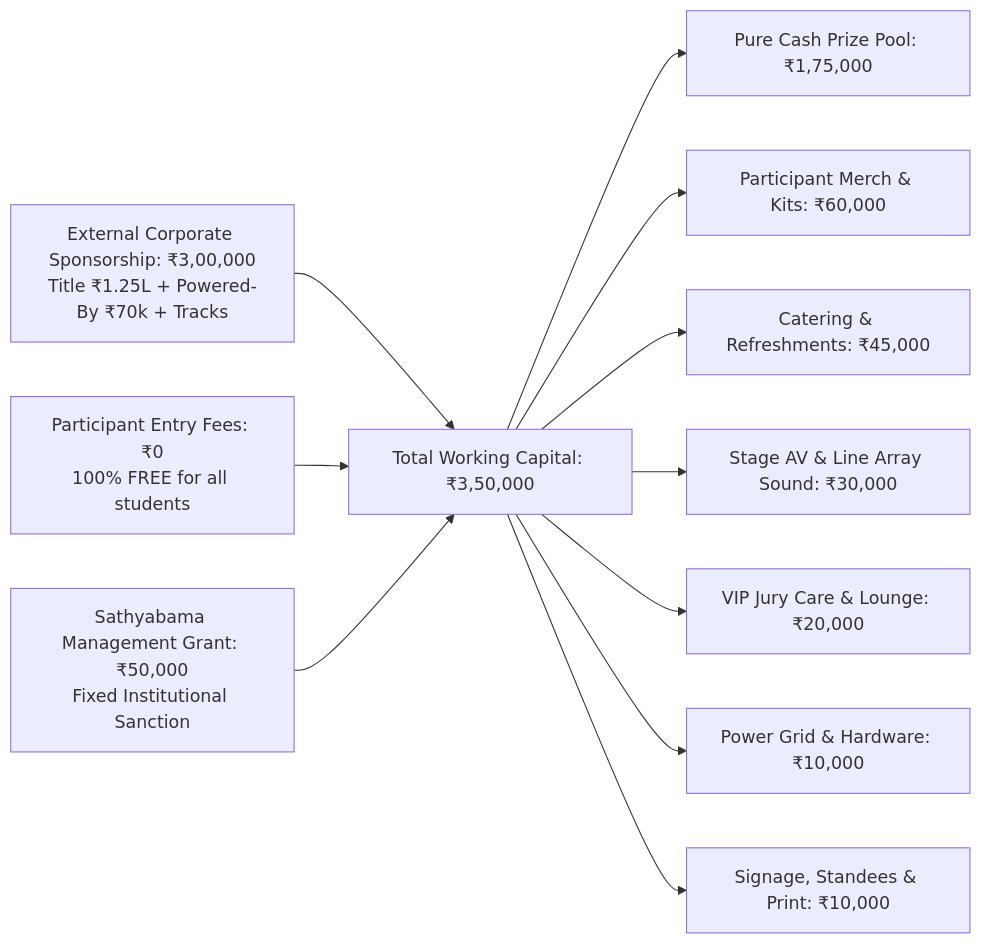
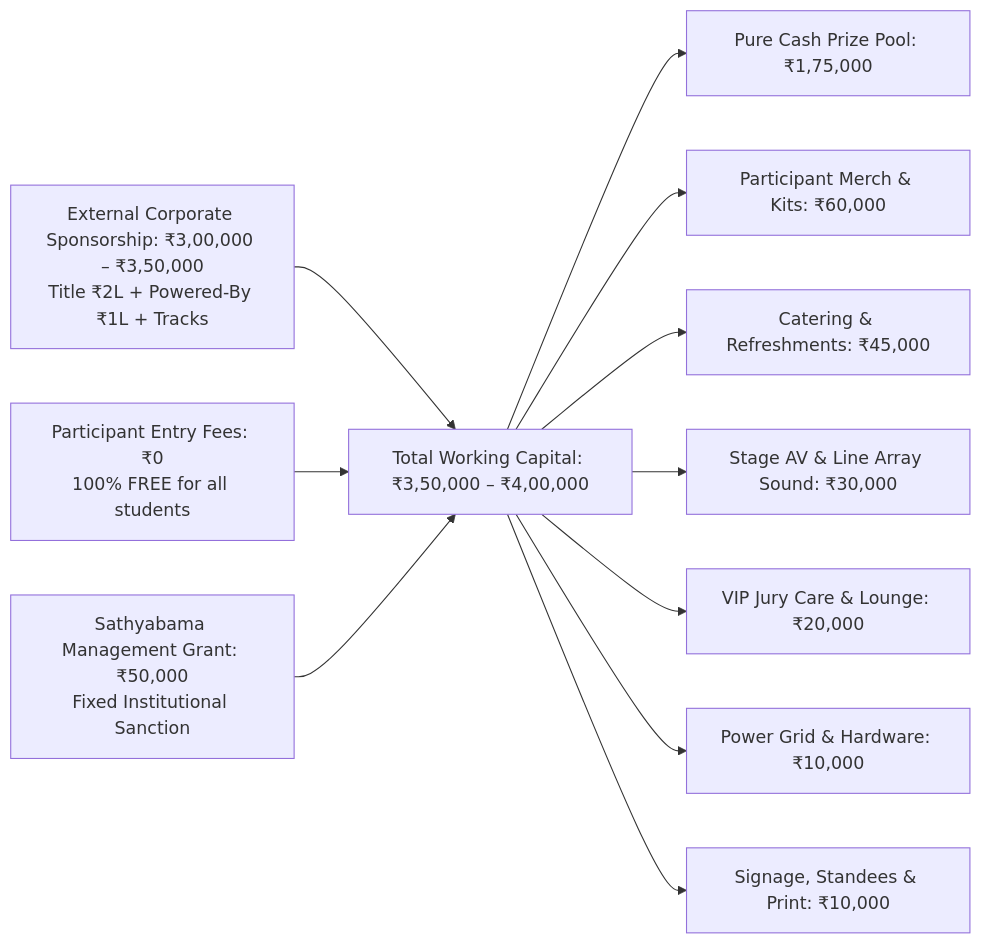
The diagram in docs/03_budget_and_financial_tracker.md (MasterZ1311/Kairos), drawn with Mermaid before and after one commit. The commit also changed other lines of this file and 67 other files, not shown here.

````diff
--- a/docs/03_budget_and_financial_tracker.md
+++ b/docs/03_budget_and_financial_tracker.md
@@ -17,14 +17,14 @@
 ```mermaid
 graph LR
-    S1[External Corporate Sponsorship: ₹3,00,000<br/>Title ₹1.25L + Powered-By ₹70k + Tracks] --> INFLOW[Total Working Capital: ₹3,50,000]
+    S1[External Corporate Sponsorship: ₹3,00,000 – ₹3,50,000<br/>Title ₹2L + Powered-By ₹1L + Tracks] --> INFLOW[Total Working Capital: ₹3,50,000 – ₹4,00,000]
     S2[Participant Entry Fees: ₹0<br/>100% FREE for all students] --> INFLOW
     S3[Sathyabama Management Grant: ₹50,000<br/>Fixed Institutional Sanction] --> INFLOW
     
     INFLOW --> OUT1[Pure Cash Prize Pool: ₹1,75,000]
     INFLOW --> OUT2[Participant Merch & Kits: ₹60,000]
     INFLOW --> OUT3[Catering & Refreshments: ₹45,000]
     INFLOW --> OUT4[Stage AV & Line Array Sound: ₹30,000]
     INFLOW --> OUT5[VIP Jury Care & Lounge: ₹20,000]
     INFLOW --> OUT6[Power Grid & Hardware: ₹10,000]
     INFLOW --> OUT7[Signage, Standees & Print: ₹10,000]
 ```
````
